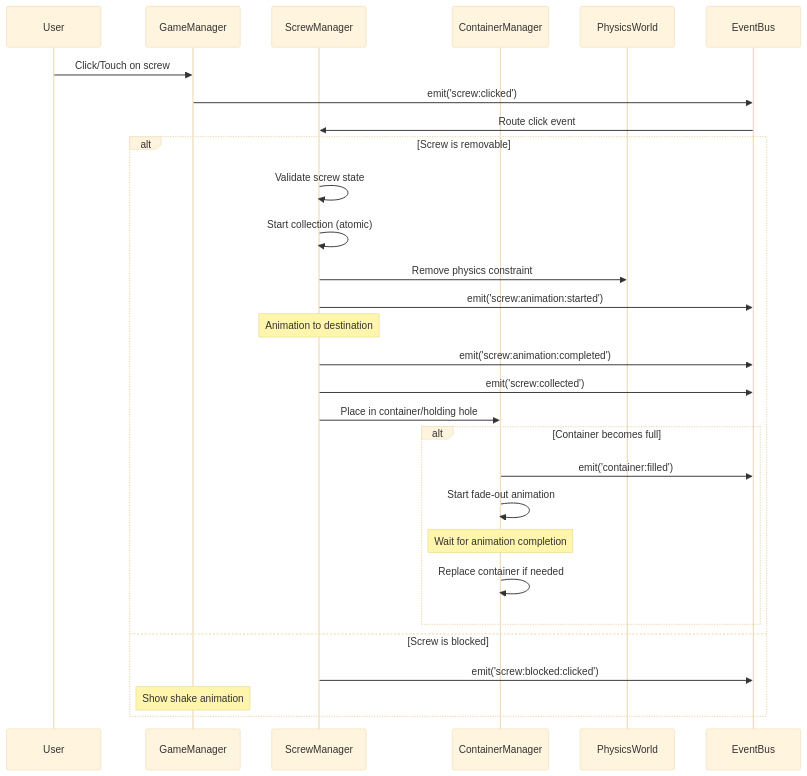
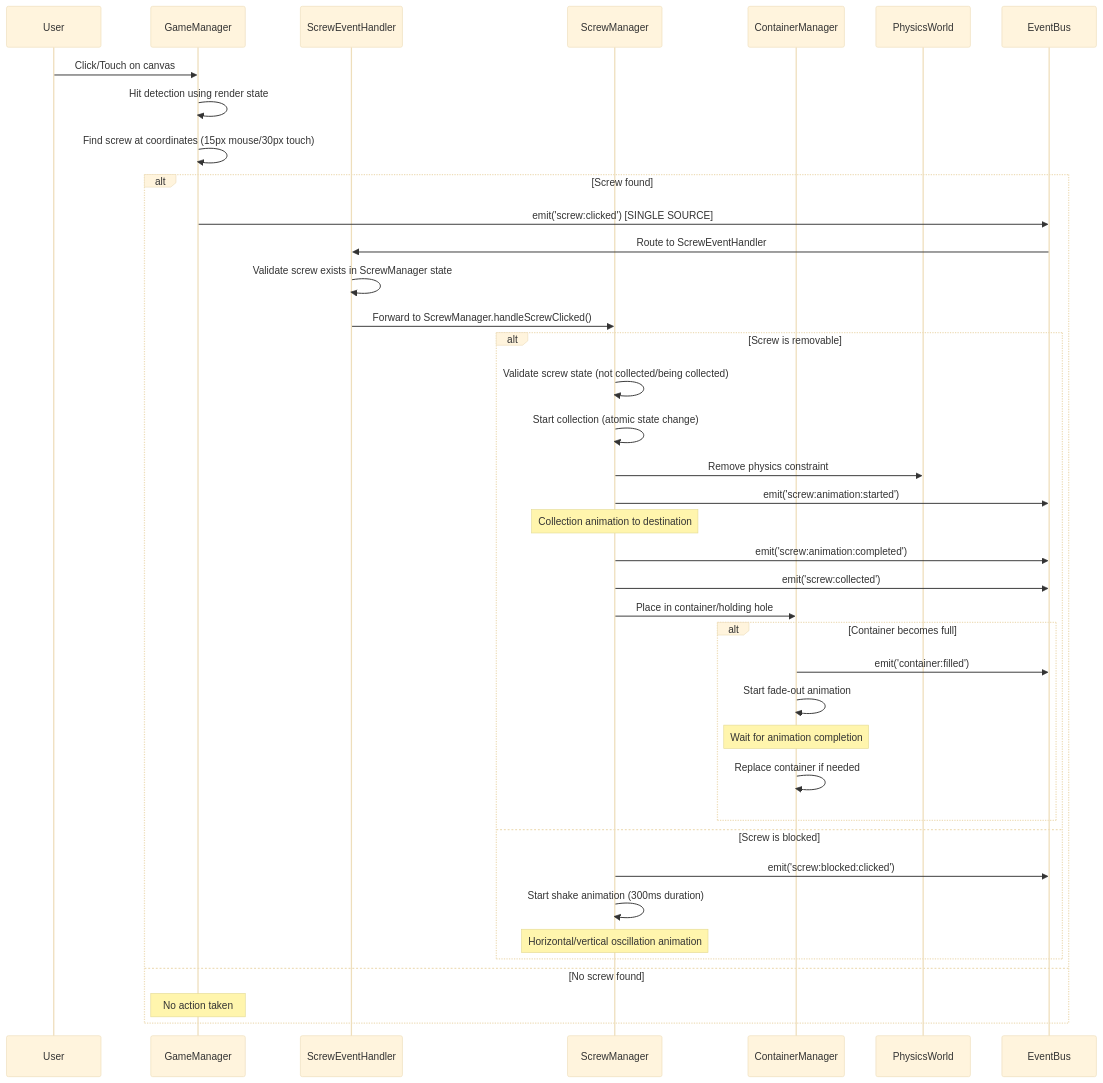
The second of 4 diagrams in docs/game_architecture.md (paulrobello/par-shape-2d), drawn with Mermaid (base theme) before and after one commit. The commit also changed other lines of this file and 1 other file, not shown here.

Commit message:
docs: update architecture and event flow documentation for single-source input handling
- Updated game_architecture.md with comprehensive input handling section
- Added detailed GameManager input processing responsibilities
- Updated screw removal flow diagrams to show single-source pattern
- Documented historical issue resolution and benefits of current approach
- Updated game_event_flows.md with input handling event architecture
- Added section explaining single-source input pattern implementation
- Updated event flow diagrams to reflect GameManager as exclusive input handler
- Added GameManager to event emitters table with screw:clicked responsibility
- Documented cross-platform input support and debug features

These documentation updates reflect the fix for duplicate click events that was
causing animation issues with non-responsive screws.

````diff
--- a/docs/game_architecture.md
+++ b/docs/game_architecture.md
@@ -390,36 +398,47 @@
 ```mermaid
 sequenceDiagram
     participant User
     participant GM as GameManager
+    participant SEH as ScrewEventHandler
     participant SM as ScrewManager
     participant CM as ContainerManager
     participant PM as PhysicsWorld
     participant EB as EventBus
 
-    User->>GM: Click/Touch on screw
-    GM->>EB: emit('screw:clicked')
-    EB->>SM: Route click event
+    User->>GM: Click/Touch on canvas
+    GM->>GM: Hit detection using render state
+    GM->>GM: Find screw at coordinates (15px mouse/30px touch)
     
-    alt Screw is removable
-        SM->>SM: Validate screw state
-        SM->>SM: Start collection (atomic)
-        SM->>PM: Remove physics constraint
-        SM->>EB: emit('screw:animation:started')
+    alt Screw found
+        GM->>EB: emit('screw:clicked') [SINGLE SOURCE]
+        EB->>SEH: Route to ScrewEventHandler
+        SEH->>SEH: Validate screw exists in ScrewManager state
+        SEH->>SM: Forward to ScrewManager.handleScrewClicked()
         
-        Note over SM: Animation to destination
-        
-        SM->>EB: emit('screw:animation:completed')
-        SM->>EB: emit('screw:collected')
-        SM->>CM: Place in container/holding hole
-        
-        alt Container becomes full
-            CM->>EB: emit('container:filled')
-            CM->>CM: Start fade-out animation
-            Note over CM: Wait for animation completion
-            CM->>CM: Replace container if needed
+        alt Screw is removable
+            SM->>SM: Validate screw state (not collected/being collected)
+            SM->>SM: Start collection (atomic state change)
+            SM->>PM: Remove physics constraint
+            SM->>EB: emit('screw:animation:started')
+            
+            Note over SM: Collection animation to destination
+            
+            SM->>EB: emit('screw:animation:completed')
+            SM->>EB: emit('screw:collected')
+            SM->>CM: Place in container/holding hole
+            
+            alt Container becomes full
+                CM->>EB: emit('container:filled')
+                CM->>CM: Start fade-out animation
+                Note over CM: Wait for animation completion
+                CM->>CM: Replace container if needed
+            end
+        else Screw is blocked
+            SM->>EB: emit('screw:blocked:clicked')
+            SM->>SM: Start shake animation (300ms duration)
+            Note over SM: Horizontal/vertical oscillation animation
         end
-    else Screw is blocked
-        SM->>EB: emit('screw:blocked:clicked')
-        Note over GM: Show shake animation
+    else No screw found
+        Note over GM: No action taken
     end
 ```
````
